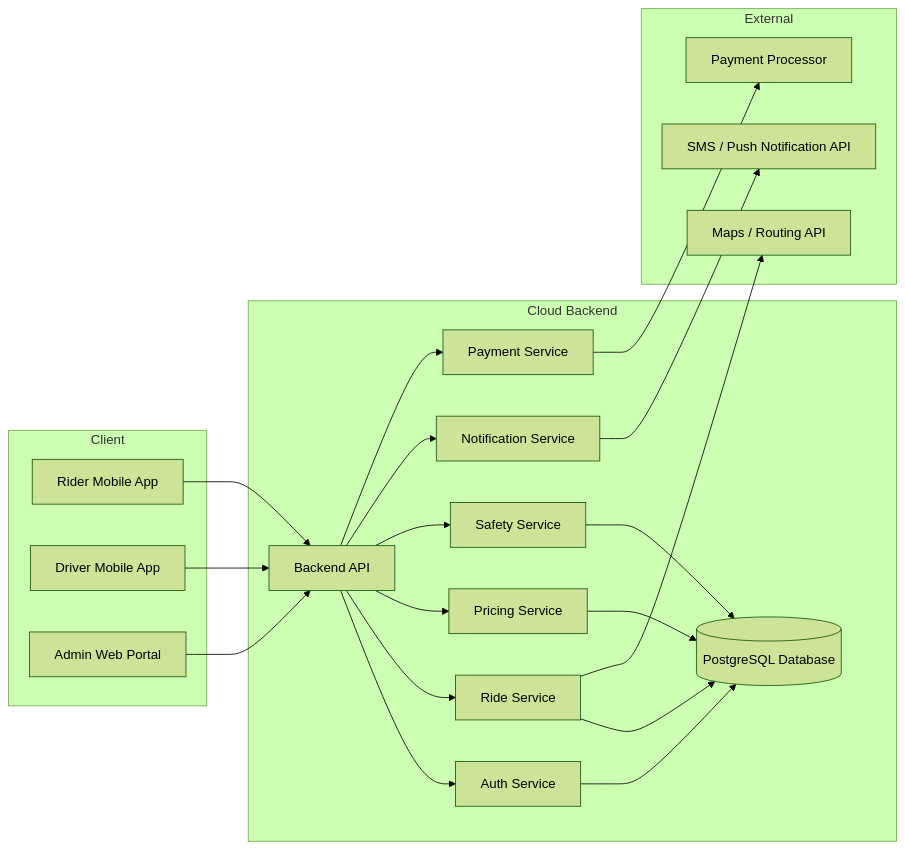
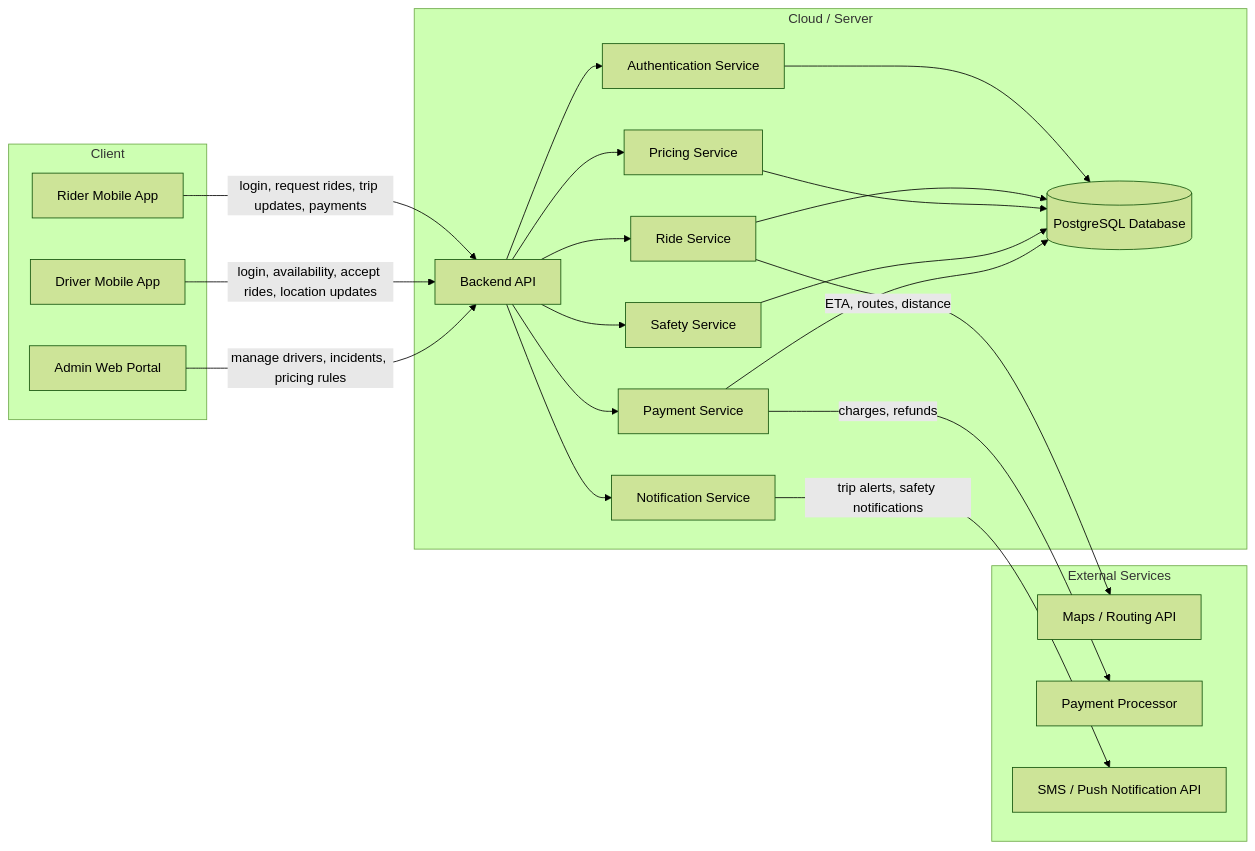
The diagram in architecture.md (cassiecoleman/team-citrine-deployment), drawn with Mermaid (forest theme) before and after one commit. The commit also changed other lines of this file, not shown here.

Commit message:
Software Architecture

````diff
--- a/architecture.md
+++ b/architecture.md
@@ -22,46 +5,46 @@
-``` mermaid
+```mermaid
 flowchart LR
+    subgraph Client["Client"]
+        RiderApp["Rider Mobile App"]
+        DriverApp["Driver Mobile App"]
+        AdminPortal["Admin Web Portal"]
+    end
 
-subgraph Client
-    RiderApp["Rider Mobile App"]
-    DriverApp["Driver Mobile App"]
-    AdminPortal["Admin Web Portal"]
-end
+    subgraph Cloud["Cloud / Server"]
+        BackendAPI["Backend API"]
+        AuthService["Authentication Service"]
+        RideService["Ride Service"]
+        PricingService["Pricing Service"]
+        SafetyService["Safety Service"]
+        PaymentService["Payment Service"]
+        NotificationService["Notification Service"]
+        DB[("PostgreSQL Database")]
+    end
 
-subgraph Backend["Cloud Backend"]
-    APIGateway["Backend API"]
-    AuthService["Auth Service"]
-    RideService["Ride Service"]
-    PricingService["Pricing Service"]
-    SafetyService["Safety Service"]
-    NotificationService["Notification Service"]
-    PaymentService["Payment Service"]
-    DB[(PostgreSQL Database)]
-end
+    subgraph External["External Services"]
+        MapsAPI["Maps / Routing API"]
+        PaymentProcessor["Payment Processor"]
+        MessagingAPI["SMS / Push Notification API"]
+    end
 
-subgraph External
-    MapsAPI["Maps / Routing API"]
-    SMSAPI["SMS / Push Notification API"]
-    PaymentProcessor["Payment Processor"]
-end
+    RiderApp -->|login, request rides, trip updates, payments| BackendAPI
+    DriverApp -->|login, availability, accept rides, location updates| BackendAPI
+    AdminPortal -->|manage drivers, incidents, pricing rules| BackendAPI
 
-RiderApp --> APIGateway
-DriverApp --> APIGateway
-AdminPortal --> APIGateway
+    BackendAPI --> AuthService
+    BackendAPI --> RideService
+    BackendAPI --> PricingService
+    BackendAPI --> SafetyService
+    BackendAPI --> PaymentService
+    BackendAPI --> NotificationService
 
-APIGateway --> AuthService
-APIGateway --> RideService
-APIGateway --> PricingService
-APIGateway --> SafetyService
-APIGateway --> NotificationService
-APIGateway --> PaymentService
+    AuthService --> DB
+    RideService --> DB
+    PricingService --> DB
+    SafetyService --> DB
+    PaymentService --> DB
 
-RideService --> DB
-AuthService --> DB
-SafetyService --> DB
-PricingService --> DB
-
-RideService --> MapsAPI
-NotificationService --> SMSAPI
-PaymentService --> PaymentProcessor
+    RideService -->|ETA, routes, distance| MapsAPI
+    PaymentService -->|charges, refunds| PaymentProcessor
+    NotificationService -->|trip alerts, safety notifications| MessagingAPI
 ```
````
